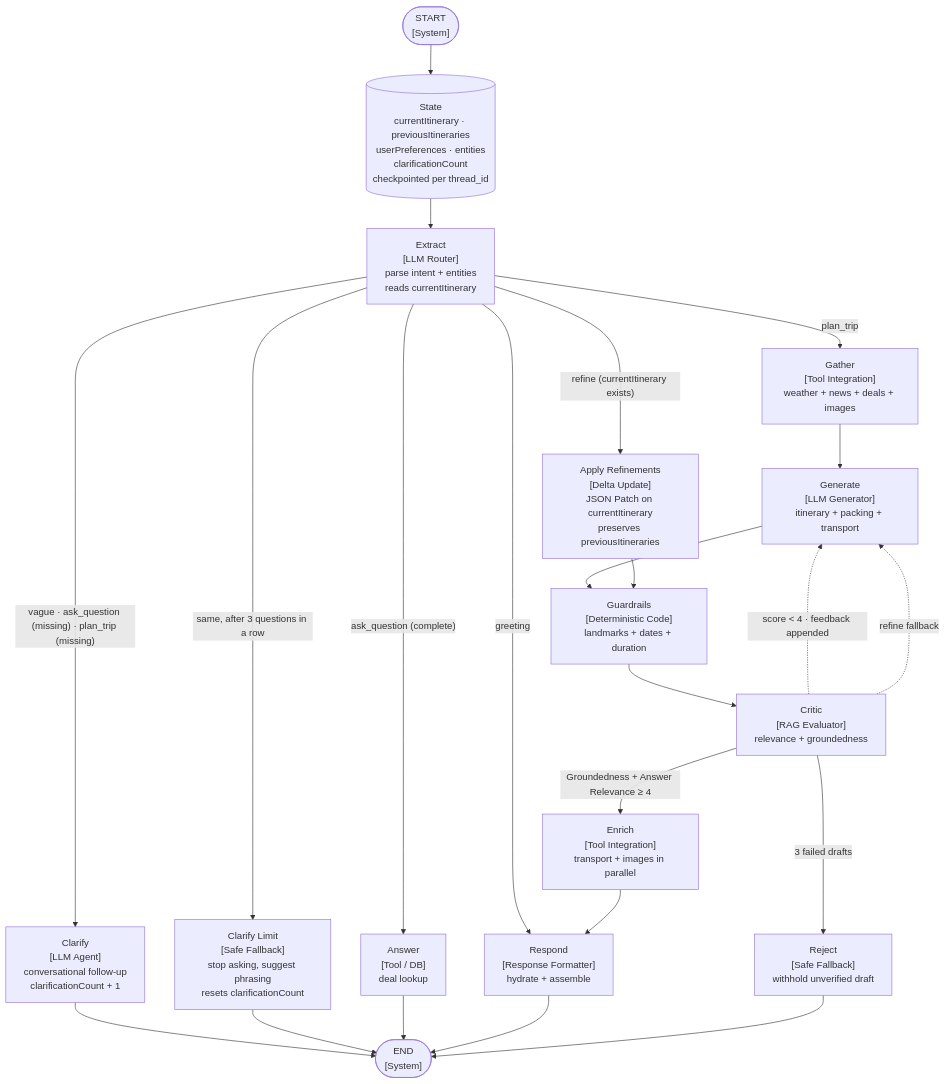
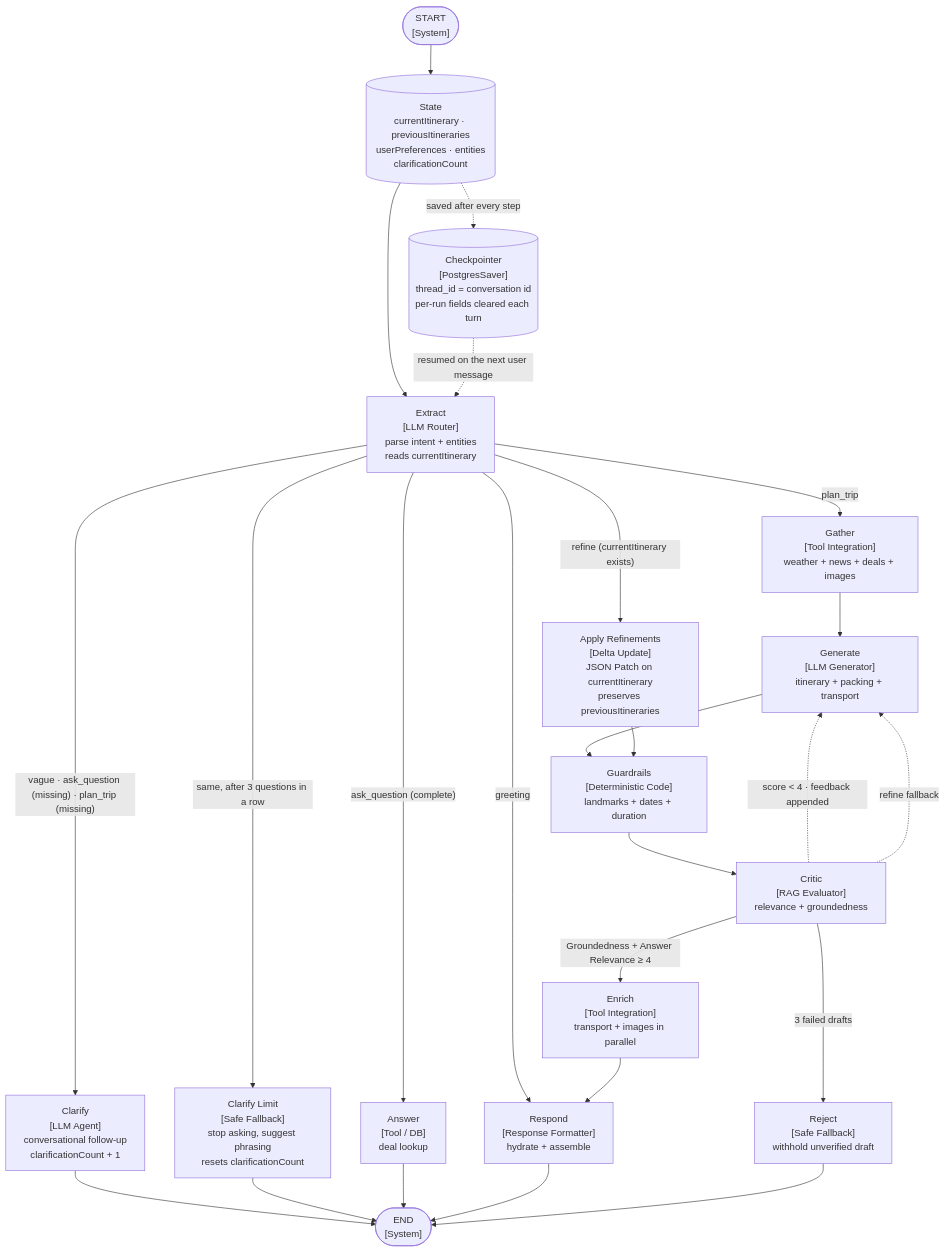
One commit to hadileonard08/jalan changed the diagram in README.md. Above: the diagram before and after it, drawn with Mermaid. The commit also changed other lines of this file and 1 other file, not shown here.

Commit message:
README: show the checkpointer in the architecture diagram.
- Add a Checkpointer [PostgresSaver] node with dotted edges for "saved after
  every step" and "resumed on the next user message".
- Add scripts/test-readme-diagram.cjs, which renders the README diagram in a
  headless browser (same Mermaid build GitHub uses) and fails on syntax errors.

Generated with [Devin](https://devin.ai)

````diff
--- a/README.md
+++ b/README.md
@@ -66,55 +66,60 @@
 ```mermaid
 flowchart TD
     START(["START<br/>[System]"])
     END(["END<br/>[System]"])
 
-    state[("State<br/>currentItinerary · previousItineraries<br/>userPreferences · entities<br/>clarificationCount<br/>checkpointed per thread_id")]
+    state[("State<br/>currentItinerary · previousItineraries<br/>userPreferences · entities<br/>clarificationCount")]
+    checkpointer[("Checkpointer<br/>[PostgresSaver]<br/>thread_id = conversation id<br/>per-run fields cleared each turn")]
     extract["Extract<br/>[LLM Router]<br/>parse intent + entities<br/>reads currentItinerary"]
     clarify["Clarify<br/>[LLM Agent]<br/>conversational follow-up<br/>clarificationCount + 1"]
     clarifyLimit["Clarify Limit<br/>[Safe Fallback]<br/>stop asking, suggest phrasing<br/>resets clarificationCount"]
     gather["Gather<br/>[Tool Integration]<br/>weather + news + deals + images"]
     generate["Generate<br/>[LLM Generator]<br/>itinerary + packing + transport"]
     applyRefinements["Apply Refinements<br/>[Delta Update]<br/>JSON Patch on currentItinerary<br/>preserves previousItineraries"]
     guardrails["Guardrails<br/>[Deterministic Code]<br/>landmarks + dates + duration"]
     critic["Critic<br/>[RAG Evaluator]<br/>relevance + groundedness"]
     enrich["Enrich<br/>[Tool Integration]<br/>transport + images in parallel"]
     answer["Answer<br/>[Tool / DB]<br/>deal lookup"]
     respond["Respond<br/>[Response Formatter]<br/>hydrate + assemble"]
     reject["Reject<br/>[Safe Fallback]<br/>withhold unverified draft"]
 
-    %% Entry
+    %% Entry — the thread's state is restored before Extract runs
     START --> state
     state --> extract
+
+    %% Persistence: state survives between turns, so a run can pause at END
+    state -.->|"saved after every step"| checkpointer
+    checkpointer -.->|"resumed on the next user message"| extract
 
     %% Extract routing — consolidated labels to avoid overlap
     extract -->|"greeting"| respond
     extract -->|"vague · ask_question (missing) · plan_trip (missing)"| clarify
     extract -->|"same, after 3 questions in a row"| clarifyLimit
     extract -->|"ask_question (complete)"| answer
     extract -->|"plan_trip"| gather
     extract -->|"refine (currentItinerary exists)"| applyRefinements
 
     %% Clarifications and direct answers are already final responses
     clarify --> END
     clarifyLimit --> END
     answer --> END
 
     %% Main pipeline — Gather clears the clarification streak
     gather --> generate
     generate --> guardrails
     applyRefinements --> guardrails
     guardrails --> critic
 
     %% Critic routing — approval goes to enrichment; rejection loops back to generation
     critic -->|"Groundedness + Answer Relevance ≥ 4"| enrich
     critic -.->|"score < 4 · feedback appended"| generate
     critic -.->|"refine fallback"| generate
     critic -->|"3 failed drafts"| reject
 
     %% Enrichment runs transport + images concurrently, then responds
     enrich --> respond
 
     %% Terminal
     respond --> END
     reject --> END
 ```
````
